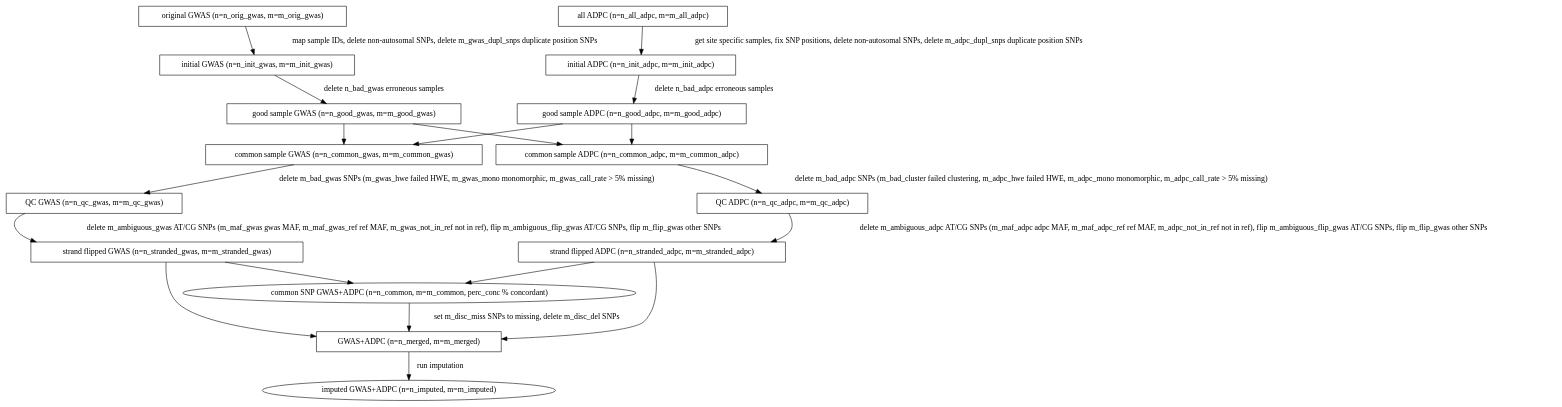
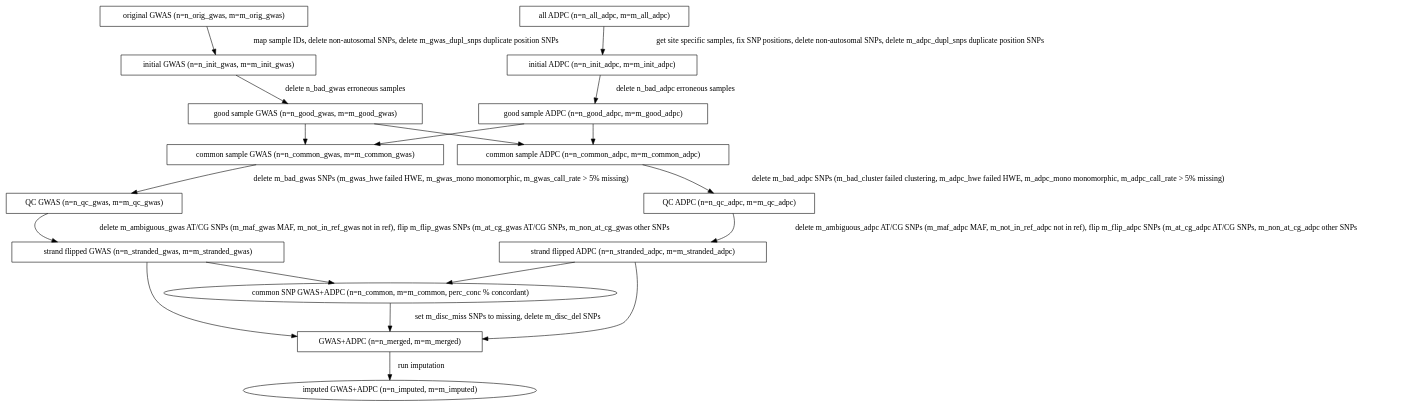
Before and after one commit to CAAPA/gwas_adpc_imputation_pipeline: the diagram in doc/flow.dot, drawn with Graphviz. The commit also changed 2 other files, not shown here.

Commit message:
Committing changes to rather look at MAF differences

```diff
--- a/doc/flow.dot
+++ b/doc/flow.dot
@@ -1,91 +1,91 @@
 #!dot
 digraph {
 
     //Initial GWAS flow
 
     ORIG_GWAS [label="original GWAS (n=n_orig_gwas, m=m_orig_gwas)",
                shape=box] //params: n_orig_gwas, m_orig_gwas
     INIT_GWAS [label="initial GWAS (n=n_init_gwas, m=m_init_gwas)",
                shape=box] //params: n_init_gwas, m_init_gwas
     ORIG_GWAS -> INIT_GWAS [label= " map sample IDs, delete non-autosomal SNPs, delete m_gwas_dupl_snps duplicate position SNPs"];
                  //script: get_gwas_samples
 
 
     GOOD_GWAS [label="good sample GWAS (n=n_good_gwas, m=m_good_gwas)",
                shape=box] //params: n_good_gwas, m_good_gwas
     INIT_GWAS -> GOOD_GWAS [label=" delete n_bad_gwas erroneous samples"];
                 //script: get_good_samples; params: n_bad_gwas
 
     COMMON_GWAS [label="common sample GWAS (n=n_common_gwas, m=m_common_gwas)",
                  shape=box] //params: n_common_gwas, m=m_common_gwas
     GOOD_GWAS -> COMMON_GWAS;
                  //script: get_common_samples
 
     QC_GWAS [label="QC GWAS (n=n_qc_gwas, m=m_qc_gwas)",
              shape=box] //params: n_qc_gwas, m=m_qc_gwas
     COMMON_GWAS -> QC_GWAS [label=" delete m_bad_gwas SNPs (m_gwas_hwe failed HWE, m_gwas_mono monomorphic, m_gwas_call_rate > 5% missing)"];
                 //script: do_gwas_qc; params: m_bad_gwas
                 //m (whatever subcategories removed)
 
 
     FLIPPED_GWAS [label="strand flipped GWAS (n=n_stranded_gwas, m=m_stranded_gwas)",
                   shape=box] //params: n_stranded_gwas, m_stranded_gwas
-    QC_GWAS -> FLIPPED_GWAS  [label=" delete m_ambiguous_gwas AT/CG SNPs (m_maf_gwas gwas MAF, m_maf_gwas_ref ref MAF, m_gwas_not_in_ref not in ref), flip m_ambiguous_flip_gwas AT/CG SNPs, flip m_flip_gwas other SNPs"];
+    QC_GWAS -> FLIPPED_GWAS  [label=" delete m_ambiguous_gwas AT/CG SNPs (m_maf_gwas MAF, m_not_in_ref_gwas not in ref), flip m_flip_gwas SNPs (m_at_cg_gwas AT/CG SNPs, m_non_at_cg_gwas other SNPs"];
                  //script: flip_strands; params: m_flip_gwas, m_ambiguous_gwas
 
 
     //Initial ADPC flow
 
     ALL_ADPC [label="all ADPC (n=n_all_adpc, m=m_all_adpc)",
               shape=box] //params:n_all_adpc, m_all_adpc
     INIT_ADPC [label="initial ADPC (n=n_init_adpc, m=m_init_adpc)",
                shape=box] //params: n_init_adpc, m_init_adpc
     ALL_ADPC -> INIT_ADPC [label=" get site specific samples, fix SNP positions, delete non-autosomal SNPs, delete m_adpc_dupl_snps duplicate position SNPs"]
                 //script: get_adpc_samples (site)
 
 
     GOOD_ADPC [label="good sample ADPC (n=n_good_adpc, m=m_good_adpc)",
                shape=box] //params: n_good_adpc, m_good_adpc
     INIT_ADPC -> GOOD_ADPC [label=" delete n_bad_adpc erroneous samples"];
                 //script: get_good_samples; params: n_bad_adpc
 
     COMMON_ADPC [label="common sample ADPC (n=n_common_adpc, m=m_common_adpc)",
                  shape=box] //params: n_common_adpc, m=m_common_adpc
     GOOD_ADPC -> COMMON_ADPC;
                  //script: get_common_samples
 
     QC_ADPC [label="QC ADPC (n=n_qc_adpc, m=m_qc_adpc)",
              shape=box] //params: n_qc_adpc, m=m_qc_adpc
     COMMON_ADPC -> QC_ADPC [label=" delete m_bad_adpc SNPs (m_bad_cluster failed clustering, m_adpc_hwe failed HWE, m_adpc_mono monomorphic, m_adpc_call_rate > 5% missing)"];
                 //script: do_adpc_qc; params: m_bad_adpc
                 //m (whatever subcategories removed)
                 //remember to also remove ACGT
 
     FLIPPED_ADPC [label="strand flipped ADPC (n=n_stranded_adpc, m=m_stranded_adpc)",
                   shape=box] //params: n_stranded_adpc, m_stranded_adpc
-    QC_ADPC -> FLIPPED_ADPC [label=" delete m_ambiguous_adpc AT/CG SNPs (m_maf_adpc adpc MAF, m_maf_adpc_ref ref MAF, m_adpc_not_in_ref not in ref), flip m_ambiguous_flip_gwas AT/CG SNPs, flip m_flip_gwas other SNPs"];
+    QC_ADPC -> FLIPPED_ADPC [label=" delete m_ambiguous_adpc AT/CG SNPs (m_maf_adpc MAF, m_not_in_ref_adpc not in ref), flip m_flip_adpc SNPs (m_at_cg_adpc AT/CG SNPs, m_non_at_cg_adpc other SNPs"]
                  //script: flip_strands; params: m_flip_adpc, m_ambiguous_adpc
 
 
 
     //GWAS + ADPC flows
 
     GOOD_ADPC -> COMMON_GWAS;
     GOOD_GWAS -> COMMON_ADPC;
 
     COMMON_SNP [label="common SNP GWAS+ADPC (n=n_common, m=m_common, perc_conc % concordant)",
                 shape=ellipse] //params: n_common, m_common
     FLIPPED_GWAS -> COMMON_SNP; //script: get_common_snp_files
     FLIPPED_ADPC -> COMMON_SNP; //script: get_common_snp_files
 
     MERGED [label="GWAS+ADPC (n=n_merged, m=m_merged)",
             shape=box] //params: n_merged, m_merged
     COMMON_SNP -> MERGED [label= " set m_disc_miss SNPs to missing, delete m_disc_del SNPs"];
             //script: merge_adpc_gwas; params: m_disc_miss, m_disc_del
     FLIPPED_GWAS -> MERGED;
     FLIPPED_ADPC -> MERGED;
 
     IMPUTED [label="imputed GWAS+ADPC (n=n_imputed, m=m_imputed)"]
     MERGED -> IMPUTED [label=" run imputation"];
                 //script:
 }
```
